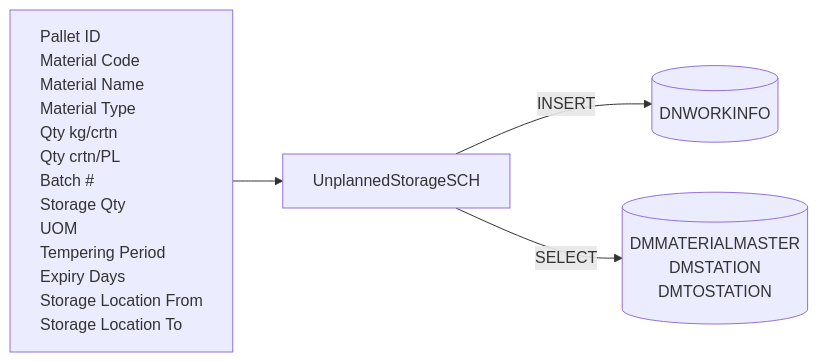
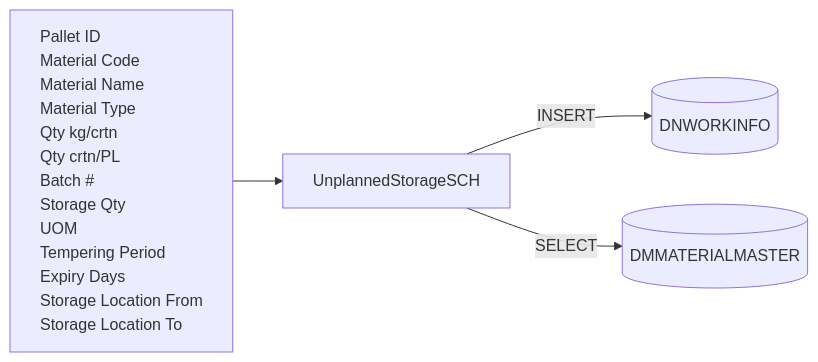
The first of 20 diagrams in Basic-Design/DFD-WMS/Storage/Unplanned-Storage/Unplanned-Storage-from-OP-Area.md (luthfiadityaa/SimeDarby-Wiki), drawn with Mermaid before and after one commit.

Commit message:
Updated Unplanned Storage from OP Area

```diff
--- a/Basic-Design/DFD-WMS/Storage/Unplanned-Storage/Unplanned-Storage-from-OP-Area.md
+++ b/Basic-Design/DFD-WMS/Storage/Unplanned-Storage/Unplanned-Storage-from-OP-Area.md
@@ -19,37 +19,35 @@
 ::: mermaid
 flowchart LR
     input[
         Pallet ID
         Material Code
         Material Name
         Material Type
         Qty kg/crtn
         Qty crtn/PL
         Batch #
         Storage Qty
         UOM
         Tempering Period
         Expiry Days
         Storage Location From
         Storage Location To 
     ]
 
     tableList-insert[("
         DNWORKINFO
     ")]
 
     tableList-select[("
         DMMATERIALMASTER
-        DMSTATION
-        DMTOSTATION
     ")]
 
 
     className[UnplannedStorageSCH]
 
     input --> className --> |INSERT| tableList-insert
     className --> |SELECT| tableList-select
 
     classDef leftAlign text-align:left;
     class input leftAlign;
 :::
```
